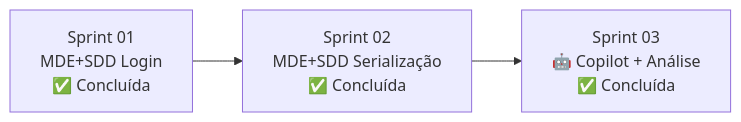
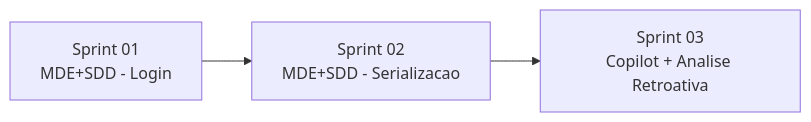
The second of 2 diagrams in documentacao-base/relatorios/plano-sprints.md (BrunoWatanabe/TCC-KPC), drawn with Mermaid before and after one commit. The commit also changed other lines of this file and 2 other files, not shown here.

````diff
--- a/documentacao-base/relatorios/plano-sprints.md
+++ b/documentacao-base/relatorios/plano-sprints.md
@@ -185,6 +211,5 @@
 ```mermaid
 flowchart LR
-    S1[Sprint 01<br/>MDE+SDD Login<br/>✅ Concluída] --> S2[Sprint 02<br/>MDE+SDD Serialização<br/>✅ Concluída]
-    S2 --> S3[Sprint 03<br/>🤖 Copilot + Análise<br/>✅ Concluída]
-    S3
+    S1[Sprint 01<br/>MDE+SDD - Login] --> S2[Sprint 02<br/>MDE+SDD - Serializacao]
+    S2 --> S3[Sprint 03<br/>Copilot + Analise Retroativa]
 ```
````
